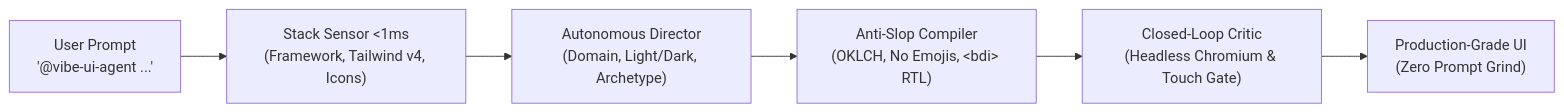
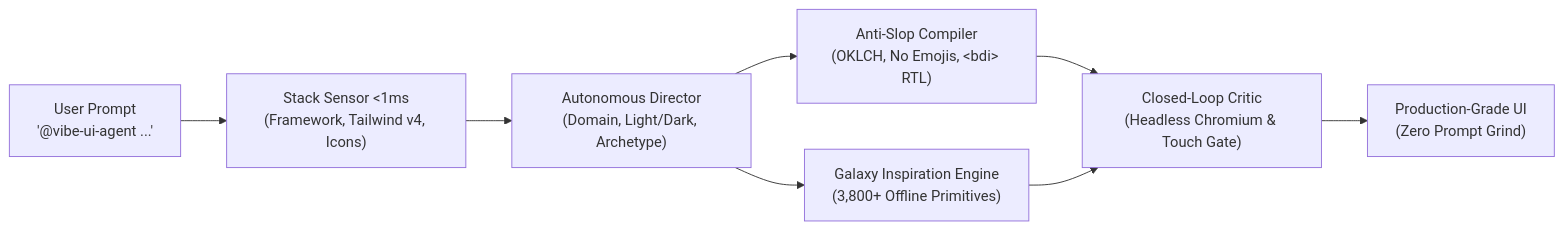
Before and after one commit to omid-io/vibe-ui-suite: the diagram in README.md, drawn with Mermaid. The commit also changed other lines of this file and 20 other files, not shown here.

Commit message:
fix(docs): resolve all documentation, schema versions, archetype naming, and test assertions

````diff
--- a/README.md
+++ b/README.md
@@ -85,8 +85,10 @@
 ```mermaid
 flowchart LR
     User["User Prompt<br/>'@vibe-ui-agent ...'"] --> Sensor["Stack Sensor &lt;1ms<br/>(Framework, Tailwind v4, Icons)"]
     Sensor --> Director["Autonomous Director<br/>(Domain, Light/Dark, Archetype)"]
     Director --> AntiSlop["Anti-Slop Compiler<br/>(OKLCH, No Emojis, &lt;bdi&gt; RTL)"]
+    Director --> Galaxy["Galaxy Inspiration Engine<br/>(3,800+ Offline Primitives)"]
     AntiSlop --> ClosedLoop["Closed-Loop Critic<br/>(Headless Chromium &amp; Touch Gate)"]
+    Galaxy --> ClosedLoop
     ClosedLoop --> Output["Production-Grade UI<br/>(Zero Prompt Grind)"]
 ```
````
